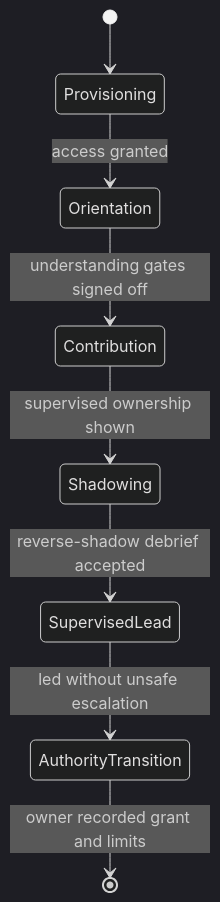
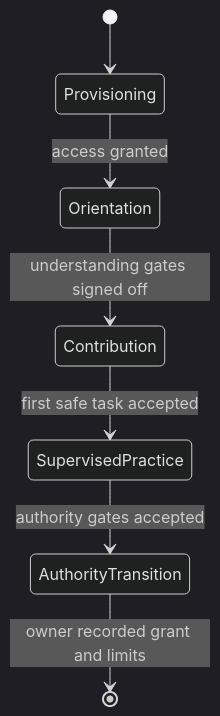
One commit to bsamiee/Rasm changed the diagram in docs/standards/learning/onboarding.md. Above: the diagram before and after it, drawn with Mermaid (dark theme). The commit also changed other lines of this file and 20 other files, not shown here.

````diff
--- a/docs/standards/learning/onboarding.md
+++ b/docs/standards/learning/onboarding.md
@@ -293,11 +323,9 @@
 ```mermaid conceptual
-%% conceptual: the gate order every ramp follows; access widens only as gates close
 stateDiagram-v2
     [*] --> Provisioning
     Provisioning --> Orientation: access granted
     Orientation --> Contribution: understanding gates signed off
-    Contribution --> Shadowing: supervised ownership shown
-    Shadowing --> SupervisedLead: reverse-shadow debrief accepted
-    SupervisedLead --> AuthorityTransition: led without unsafe escalation
+    Contribution --> SupervisedPractice: first safe task accepted
+    SupervisedPractice --> AuthorityTransition: authority gates accepted
     AuthorityTransition --> [*]: owner recorded grant and limits
 ```
````
